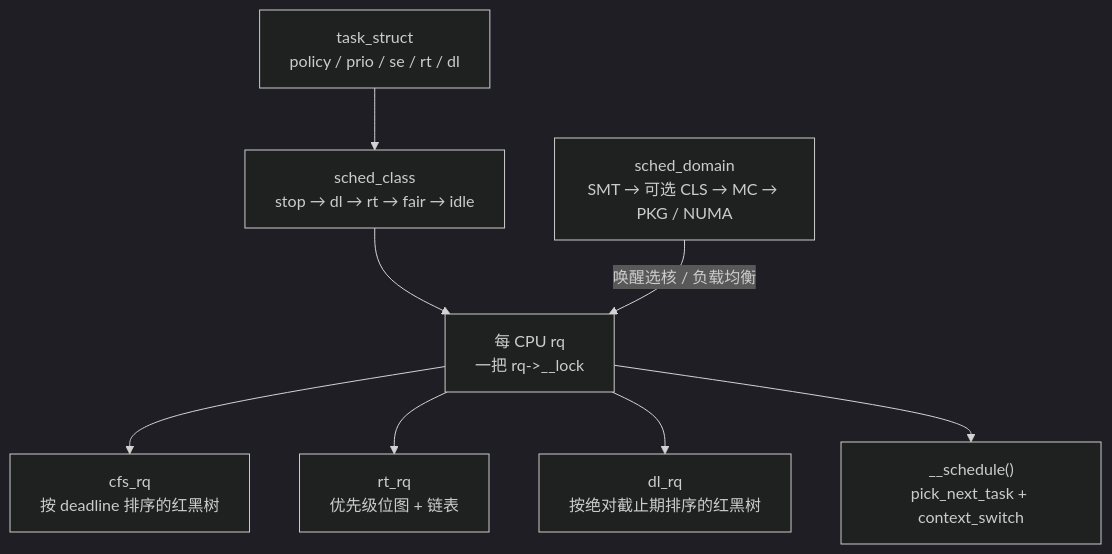
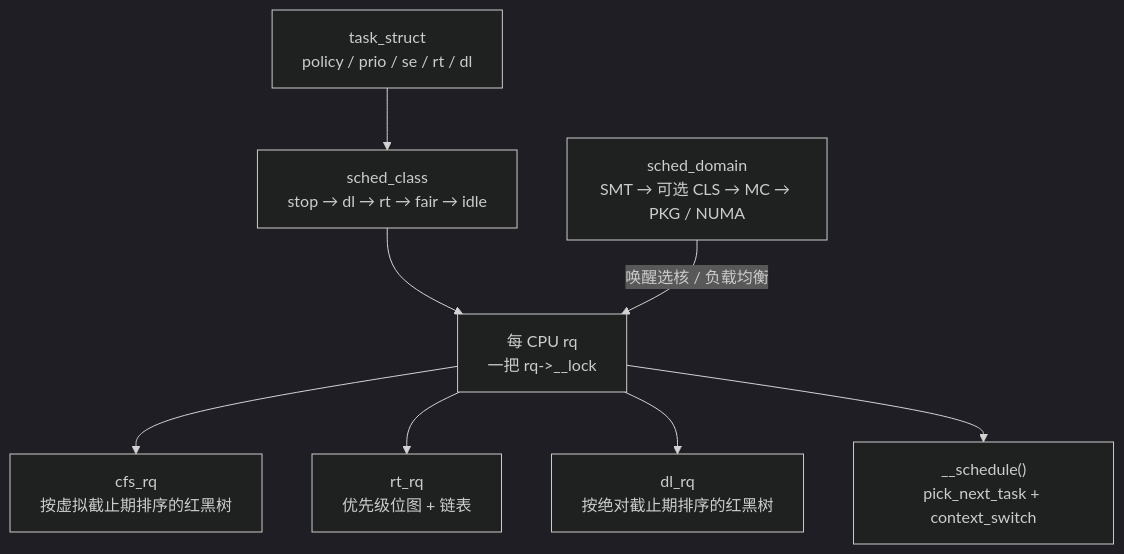
Before and after one commit to linuxperf/linux-study: the third of 8 diagrams in interview/sched/sched.md, drawn with Mermaid (dark theme). The commit also changed other lines of this file and 3 other files, not shown here.

````diff
--- a/interview/sched/sched.md
+++ b/interview/sched/sched.md
@@ -310,19 +520,19 @@
 ```mermaid
 flowchart TD
     T["task_struct<br/>policy / prio / se / rt / dl"]
     C["sched_class<br/>stop → dl → rt → fair → idle"]
     RQ["每 CPU rq<br/>一把 rq->__lock"]
-    CFS["cfs_rq<br/>按 deadline 排序的红黑树"]
+    CFS["cfs_rq<br/>按虚拟截止期排序的红黑树"]
     RT["rt_rq<br/>优先级位图 + 链表"]
     DL["dl_rq<br/>按绝对截止期排序的红黑树"]
     SD["sched_domain<br/>SMT → 可选 CLS → MC → PKG / NUMA"]
     SCH["__schedule()<br/>pick_next_task + context_switch"]
 
     T --> C
     C --> RQ
     RQ --> CFS
     RQ --> RT
     RQ --> DL
     SD -->|唤醒选核 / 负载均衡| RQ
     RQ --> SCH
 ```
````
